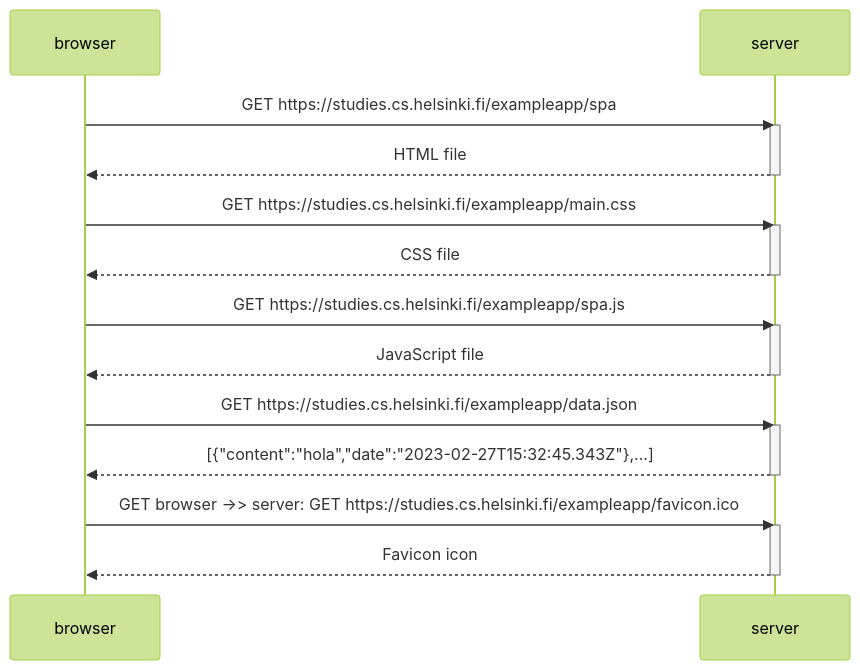
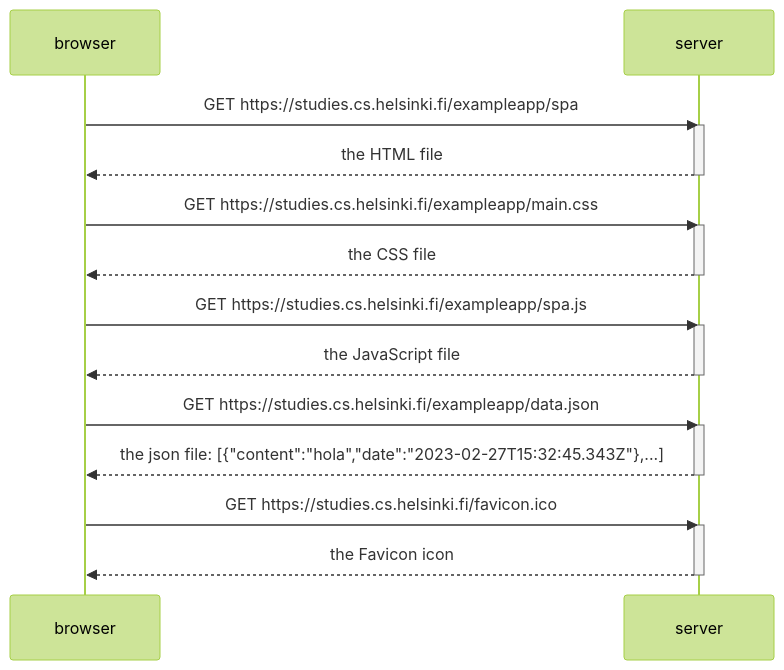
Before and after one commit to jonijhonkanen/Fullstack-Open: the diagram in part0/singlepageapp.md, drawn with Mermaid (forest theme). The commit also changed 1 other file, not shown here.

Commit message:
Add few corrections to texts

````diff
--- a/part0/singlepageapp.md
+++ b/part0/singlepageapp.md
@@ -1,31 +1,31 @@
 ```mermaid
 sequenceDiagram
     participant browser
     participant server
 
     browser ->> server: GET https://studies.cs.helsinki.fi/exampleapp/spa
     activate server
-    server-->>browser: HTML file
+    server-->>browser: the HTML file
     deactivate server
 
     browser ->> server: GET https://studies.cs.helsinki.fi/exampleapp/main.css
     activate server
-    server-->>browser: CSS file
+    server-->>browser: the CSS file
     deactivate server
 
     browser ->> server: GET https://studies.cs.helsinki.fi/exampleapp/spa.js
     activate server
-    server-->>browser: JavaScript file
+    server-->>browser: the JavaScript file
     deactivate server
 
     browser ->> server: GET https://studies.cs.helsinki.fi/exampleapp/data.json
     activate server
-    server-->>browser: [{"content":"hola","date":"2023-02-27T15:32:45.343Z"},...]
+    server-->>browser: the json file: [{"content":"hola","date":"2023-02-27T15:32:45.343Z"},...]
     deactivate server
 
-    browser ->> server: GET browser ->> server: GET https://studies.cs.helsinki.fi/exampleapp/favicon.ico
+    browser ->> server: GET https://studies.cs.helsinki.fi/favicon.ico
     activate server
-    server-->>browser: Favicon icon
+    server-->>browser: the Favicon icon
     deactivate server
 
 ```
````
